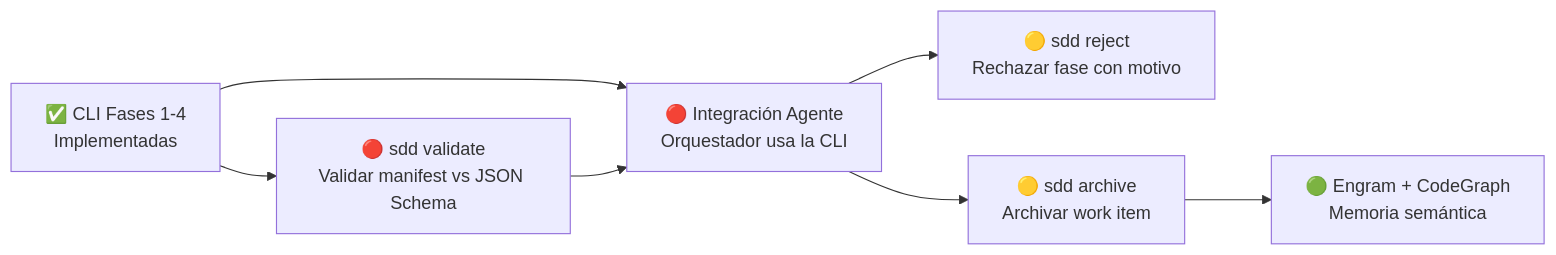
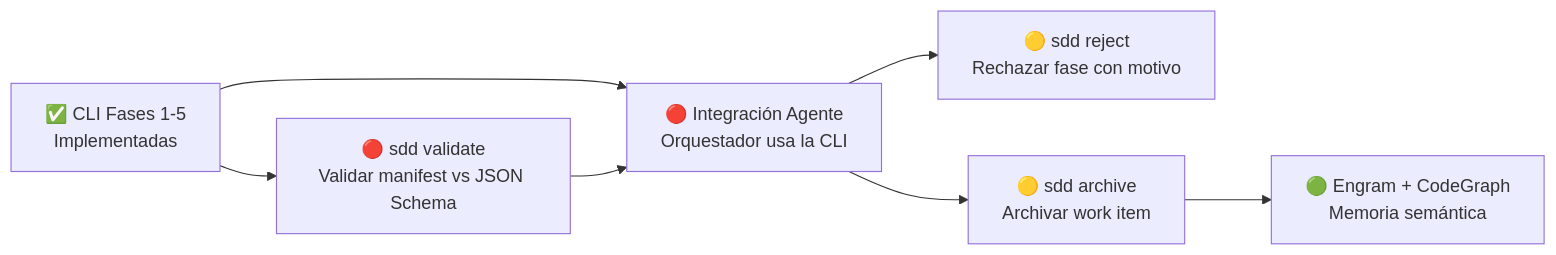
One commit to matiasezequieldimuro/ssd-workflow changed the third of 3 diagrams in docs/7-cli-impl-documentacion.md. Above: the diagram before and after it, drawn with Mermaid. The commit also changed other lines of this file and 7 other files, not shown here.

````diff
--- a/docs/7-cli-impl-documentacion.md
+++ b/docs/7-cli-impl-documentacion.md
@@ -449,16 +467,16 @@
 ```mermaid
 graph LR
-    CLI["✅ CLI Fases 1-4\nImplementadas"]
+    CLI["✅ CLI Fases 1-5\nImplementadas"]
     VALIDATE["🔴 sdd validate\nValidar manifest vs JSON Schema"]
     AGENT["🔴 Integración Agente\nOrquestador usa la CLI"]
     REJECT["🟡 sdd reject\nRechazar fase con motivo"]
     ARCHIVE["🟡 sdd archive\nArchivar work item"]
     ENGRAM["🟢 Engram + CodeGraph\nMemoria semántica"]
 
     CLI --> VALIDATE
     CLI --> AGENT
     VALIDATE --> AGENT
     AGENT --> REJECT
     AGENT --> ARCHIVE
     ARCHIVE --> ENGRAM
 ```
````
